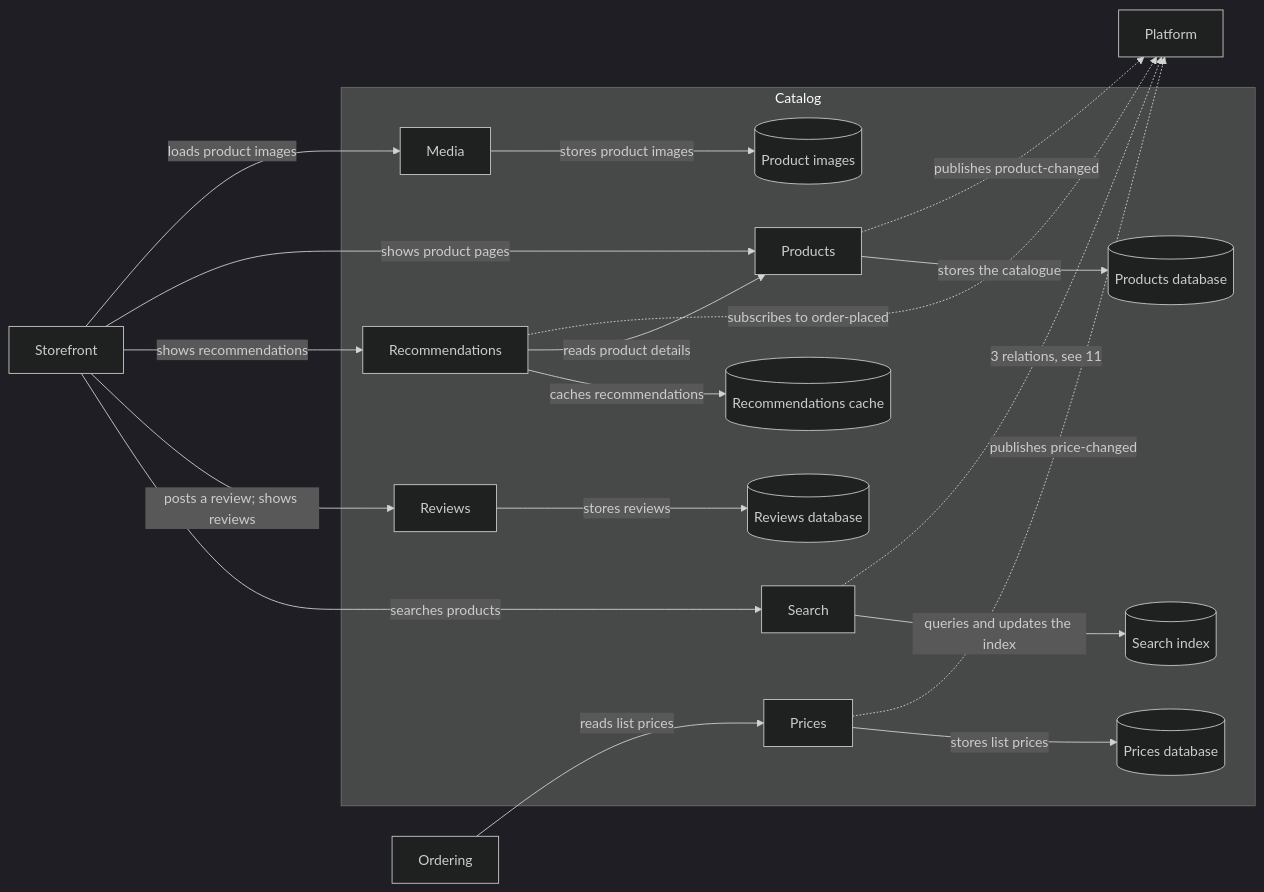
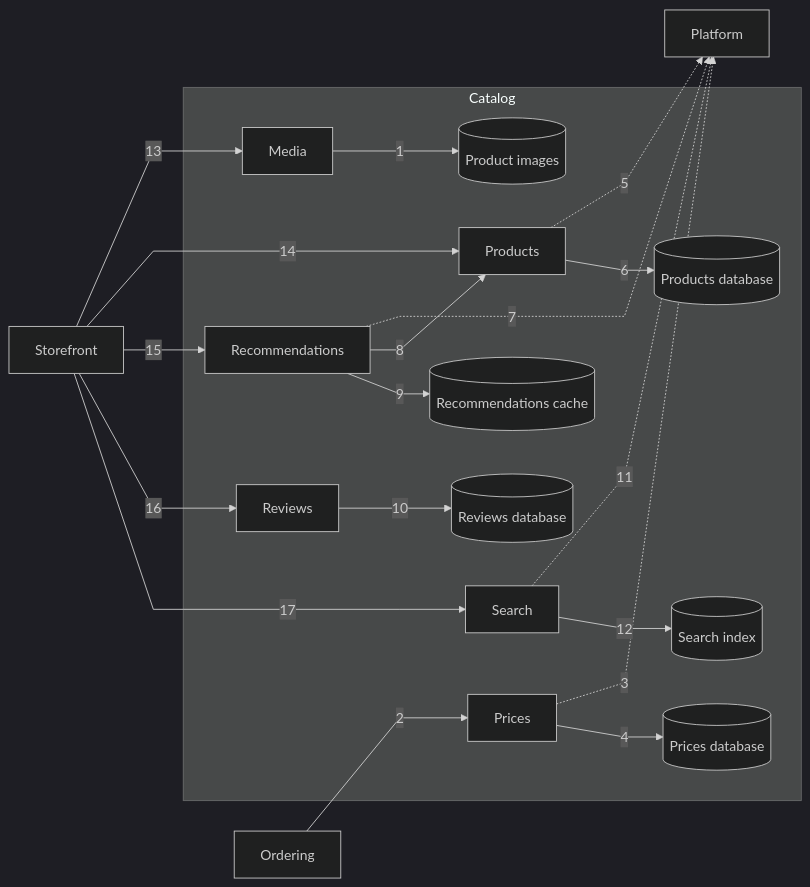
One commit to shady2k/madarch changed the diagram in examples/reference-system/views/mermaid/catalog.md. Above: the diagram before and after it, drawn with Mermaid (dark theme). The commit also changed other lines of this file and 18 other files, not shown here.

First line of the commit message:
Number Mermaid arrows and list every relation in the table under them

````diff
--- a/examples/reference-system/views/mermaid/catalog.md
+++ b/examples/reference-system/views/mermaid/catalog.md
@@ -3,37 +3,38 @@
 ```mermaid
+%%{init: {"flowchart": {"curve": "linear"}}}%%
 flowchart LR
   subgraph catalog ["Catalog"]
     media_api["Media"]
     media_bucket[("Product images")]
     prices_api["Prices"]
     prices_db[("Prices database")]
     products_api["Products"]
     products_db[("Products database")]
     recommendations_api["Recommendations"]
     recommendations_cache[("Recommendations cache")]
     reviews_api["Reviews"]
     reviews_db[("Reviews database")]
     search_api["Search"]
     search_index[("Search index")]
   end
   ordering["Ordering"]
   platform["Platform"]
   storefront["Storefront"]
-  media_api -->|"stores product images"| media_bucket
-  ordering -->|"reads list prices"| prices_api
-  prices_api -.->|"publishes price-changed"| platform
-  prices_api -->|"stores list prices"| prices_db
-  products_api -.->|"publishes product-changed"| platform
-  products_api -->|"stores the catalogue"| products_db
-  recommendations_api -.->|"subscribes to order-placed"| platform
-  recommendations_api -->|"reads product details"| products_api
-  recommendations_api -->|"caches recommendations"| recommendations_cache
-  reviews_api -->|"stores reviews"| reviews_db
-  search_api -.->|"3 relations, see 11"| platform
-  search_api -->|"queries and updates the index"| search_index
-  storefront -->|"loads product images"| media_api
-  storefront -->|"shows product pages"| products_api
-  storefront -->|"shows recommendations"| recommendations_api
-  storefront -->|"posts a review; shows reviews"| reviews_api
-  storefront -->|"searches products"| search_api
+  media_api -->|"1"| media_bucket
+  ordering -->|"2"| prices_api
+  prices_api -.->|"3"| platform
+  prices_api -->|"4"| prices_db
+  products_api -.->|"5"| platform
+  products_api -->|"6"| products_db
+  recommendations_api -.->|"7"| platform
+  recommendations_api -->|"8"| products_api
+  recommendations_api -->|"9"| recommendations_cache
+  reviews_api -->|"10"| reviews_db
+  search_api -.->|"11"| platform
+  search_api -->|"12"| search_index
+  storefront -->|"13"| media_api
+  storefront -->|"14"| products_api
+  storefront -->|"15"| recommendations_api
+  storefront -->|"16"| reviews_api
+  storefront -->|"17"| search_api
 ```
````
